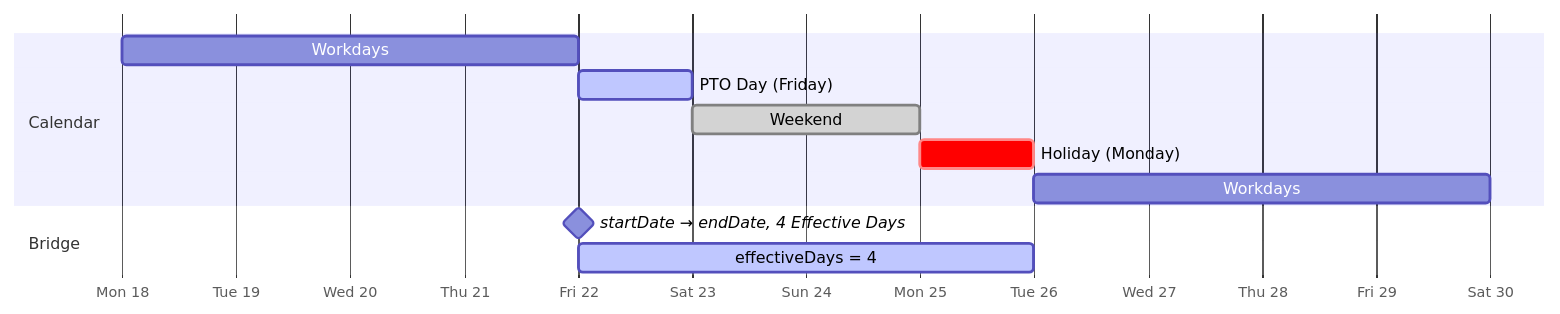
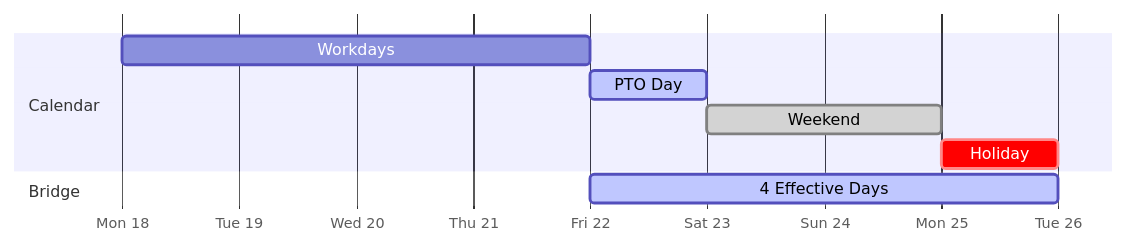
The third of 4 diagrams in apps/docs/src/content/docs/how-it-works/planning-algorithm.mdx (fbuireu/forever-pto), drawn with Mermaid before and after one commit. The commit also changed other lines of this file and 16 other files, not shown here.

First line of the commit message:
docs(docs): fix how-it-works drift and rework the diagrams to read at column width

````diff
--- a/apps/docs/src/content/docs/how-it-works/planning-algorithm.mdx
+++ b/apps/docs/src/content/docs/how-it-works/planning-algorithm.mdx
@@ -95,19 +95,19 @@
 ```mermaid
 ---
 config:
   look: handDrawn
   layout: dagre
+  gantt:
+    useWidth: 800
 ---
 gantt
   dateFormat YYYY-MM-DD
   axisFormat %a %d
   section Calendar
   Workdays          :2026-05-18, 4d
-  PTO Day (Friday)  :active, 2026-05-22, 1d
+  PTO Day           :active, 2026-05-22, 1d
   Weekend           :done, 2026-05-23, 2d
-  Holiday (Monday)  :crit, 2026-05-25, 1d
-  Workdays          :2026-05-26, 4d
+  Holiday           :crit, 2026-05-25, 1d
   section Bridge
-  startDate → endDate, 4 Effective Days :milestone, 2026-05-22, 0d
-  effectiveDays = 4  :active, 2026-05-22, 4d
+  4 Effective Days  :active, 2026-05-22, 4d
 ```
````
